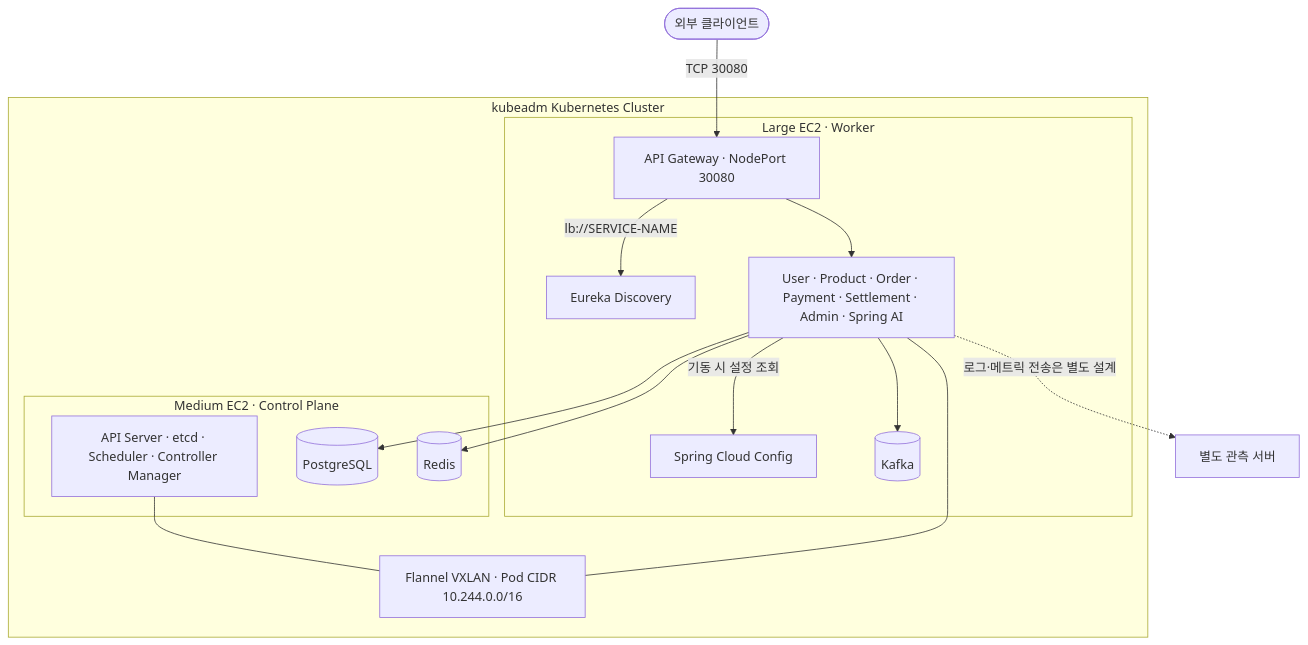
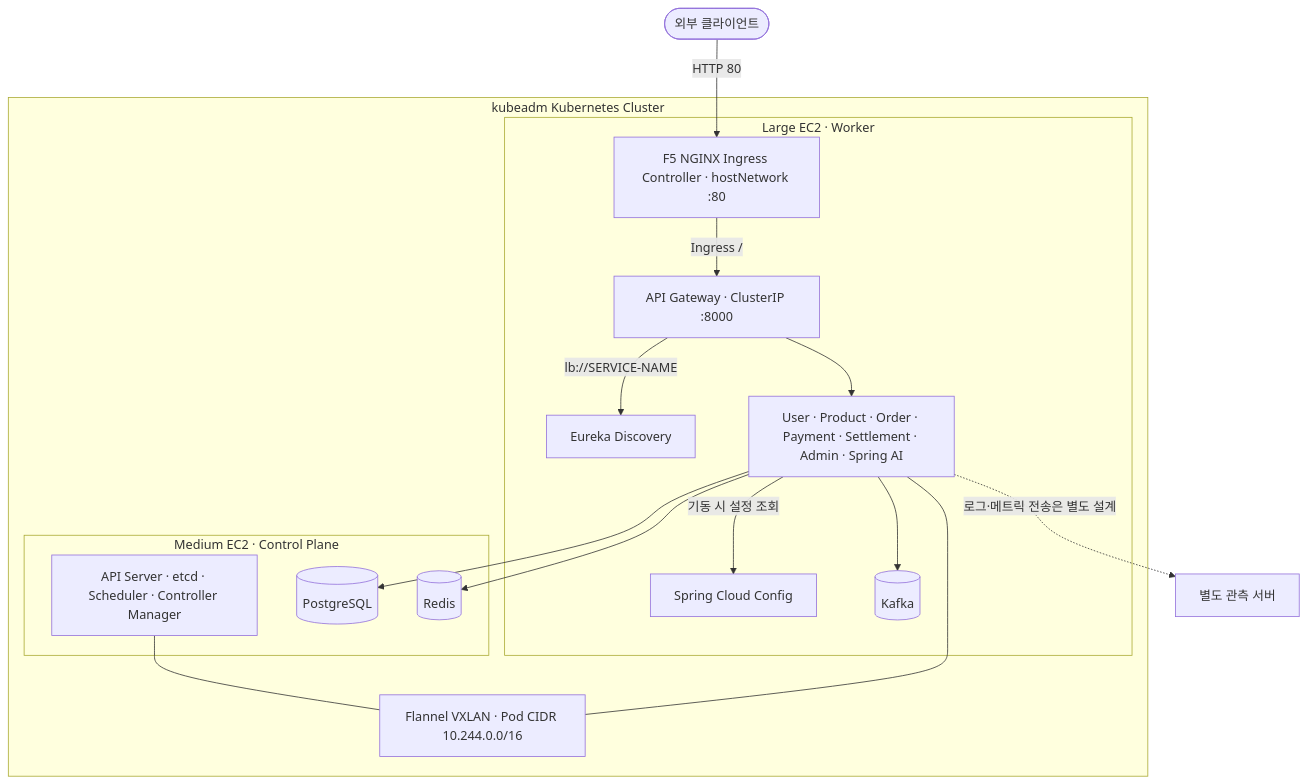
The first of 3 diagrams in docs/architecture/kubernetes.md (prgrms-be-adv-devcourse/beadv6_6_3JMT_BE), drawn with Mermaid before and after one commit. The commit also changed other lines of this file, not shown here.

Commit message:
docs: Kubernetes 패키지와 Ingress 설계 갱신 (#340)

````diff
--- a/docs/architecture/kubernetes.md
+++ b/docs/architecture/kubernetes.md
@@ -121,35 +124,37 @@
 ```mermaid
 flowchart TB
     Client([외부 클라이언트])
 
     subgraph Cluster["kubeadm Kubernetes Cluster"]
         subgraph Medium["Medium EC2 · Control Plane"]
             CP["API Server · etcd · Scheduler · Controller Manager"]
             PG[(PostgreSQL)]
             Redis[(Redis)]
         end
 
         subgraph Large["Large EC2 · Worker"]
-            GW["API Gateway · NodePort 30080"]
+            Ingress["F5 NGINX Ingress Controller · hostNetwork :80"]
+            GW["API Gateway · ClusterIP :8000"]
             Eureka["Eureka Discovery"]
             Config["Spring Cloud Config"]
             Apps["User · Product · Order · Payment · Settlement · Admin · Spring AI"]
             Kafka[(Kafka)]
         end
 
         Flannel["Flannel VXLAN · Pod CIDR 10.244.0.0/16"]
     end
 
     Observability["별도 관측 서버"]
 
-    Client -->|"TCP 30080"| GW
+    Client -->|"HTTP 80"| Ingress
+    Ingress -->|"Ingress /"| GW
     GW -->|"lb://SERVICE-NAME"| Eureka
     GW --> Apps
     Apps -->|"기동 시 설정 조회"| Config
     Apps --> PG
     Apps --> Redis
     Apps --> Kafka
     CP --- Flannel
     Apps --- Flannel
     Apps -.->|로그·메트릭 전송은 별도 설계| Observability
 ```
````
